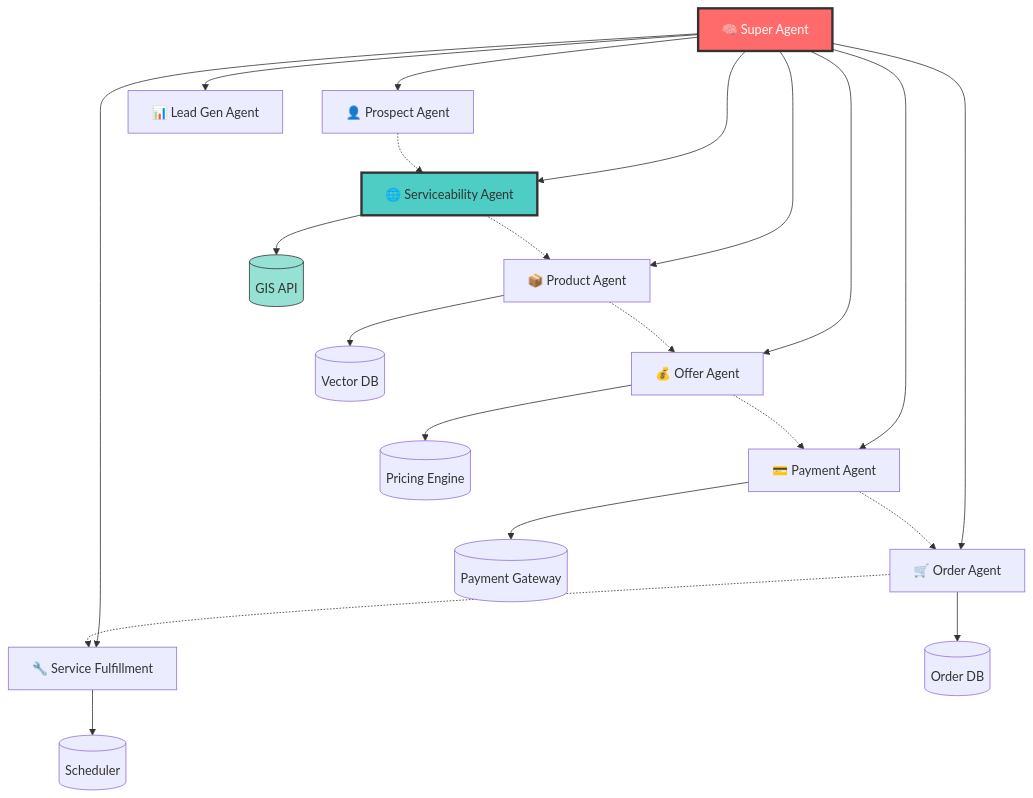
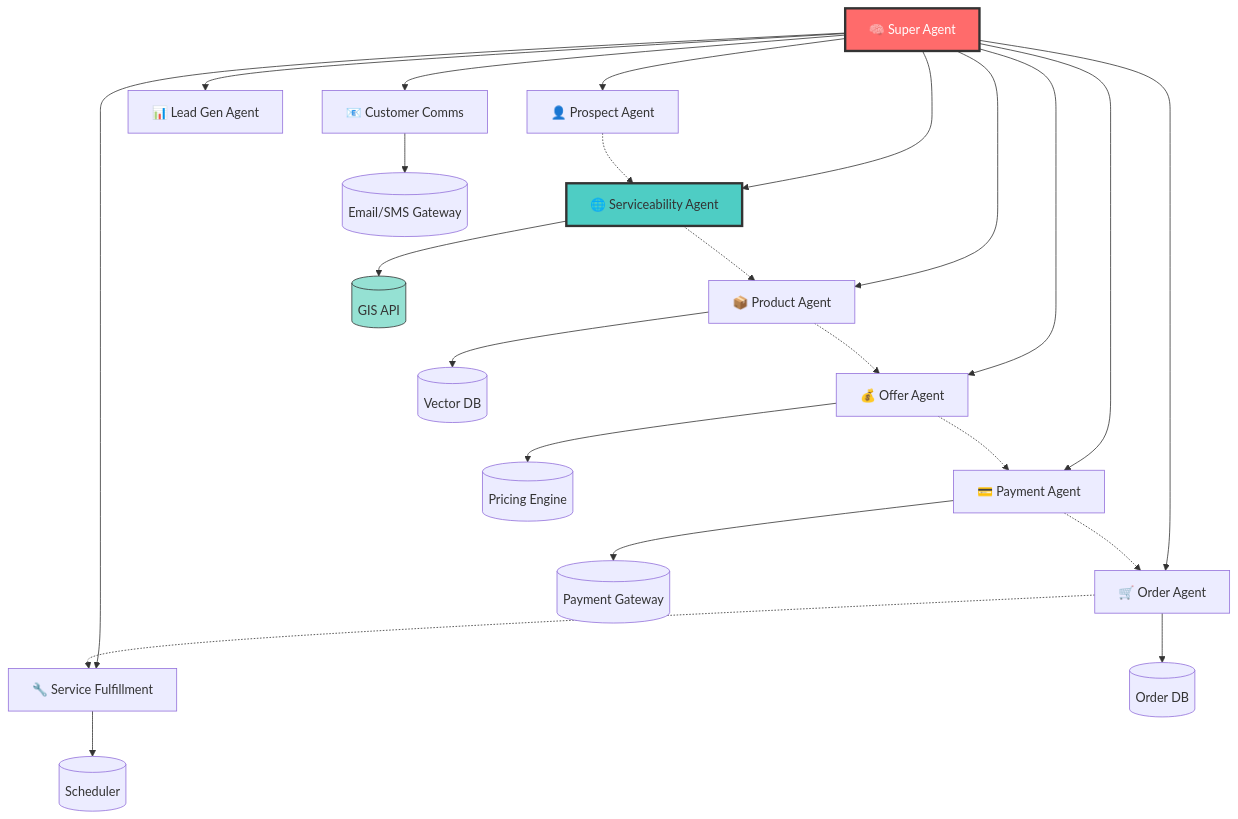
One commit to sudhamanc/ConversationalSalesAgent changed the sixth of 8 diagrams in README.md. Above: the diagram before and after it, drawn with Mermaid. The commit also changed other lines of this file and 3 other files, not shown here.

````diff
--- a/README.md
+++ b/README.md
@@ -358,29 +365,31 @@
 ```mermaid
 graph TB
     SA3[🧠 Super Agent] --> PA3[👤 Prospect Agent]
     SA3 --> LA3[📊 Lead Gen Agent]
     SA3 --> ProdA3[📦 Product Agent]
     SA3 --> SrvA3[🌐 Serviceability Agent]
     SA3 --> OA3[💰 Offer Agent]
     SA3 --> PayA3[💳 Payment Agent]
     SA3 --> OrdA3[🛒 Order Agent]
     SA3 --> SFA3[🔧 Service Fulfillment]
+    SA3 --> CommA3[📧 Customer Comms]
 
     PA3 -.-> SrvA3
     SrvA3 -.-> ProdA3
     ProdA3 -.-> OA3
     OA3 -.-> PayA3
     PayA3 -.-> OrdA3
     OrdA3 -.-> SFA3
 
     SrvA3 --> GIS3[(GIS API)]
     ProdA3 --> VDB3[(Vector DB)]
     OA3 --> PE3[(Pricing Engine)]
     PayA3 --> PG3[(Payment Gateway)]
     OrdA3 --> DB3[(Order DB)]
     SFA3 --> SCH3[(Scheduler)]
+    CommA3 --> NOTIF3[(Email/SMS Gateway)]
 
     style SA3 fill:#ff6b6b,stroke:#333,stroke-width:3px,color:#fff
     style SrvA3 fill:#4ecdc4,stroke:#333,stroke-width:3px
     style GIS3 fill:#95e1d3,stroke:#333
 ```
````
